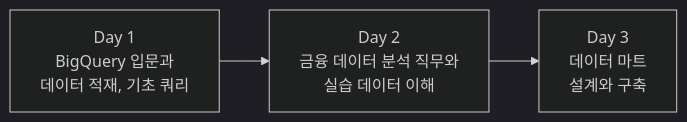
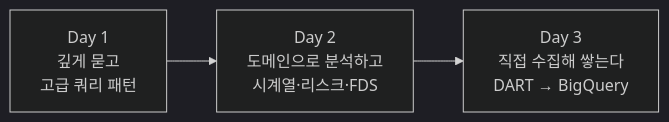
Before and after one commit to Eunjung-Cho/finda-week7-8: the second of 2 diagrams in docs/index.md, drawn with Mermaid (dark theme). The commit also changed other lines of this file and 7 other files, not shown here.

First line of the commit message:
8주차 개편본 사이트 배포: 고급 SQL, 금융 데이터 분석, DART 파이프라인

````diff
--- a/docs/index.md
+++ b/docs/index.md
@@ -10,5 +27,5 @@
 ```mermaid
 flowchart LR
-    A["Day 1<br/>BigQuery 입문과<br/>데이터 적재, 기초 쿼리"] --> B["Day 2<br/>금융 데이터 분석 직무와<br/>실습 데이터 이해"]
-    B --> C["Day 3<br/>데이터 마트<br/>설계와 구축"]
+    A["Day 1<br/>깊게 묻고<br/>고급 쿼리 패턴"] --> B["Day 2<br/>도메인으로 분석하고<br/>시계열·리스크·FDS"]
+    B --> C["Day 3<br/>직접 수집해 쌓는다<br/>DART → BigQuery"]
 ```
````
